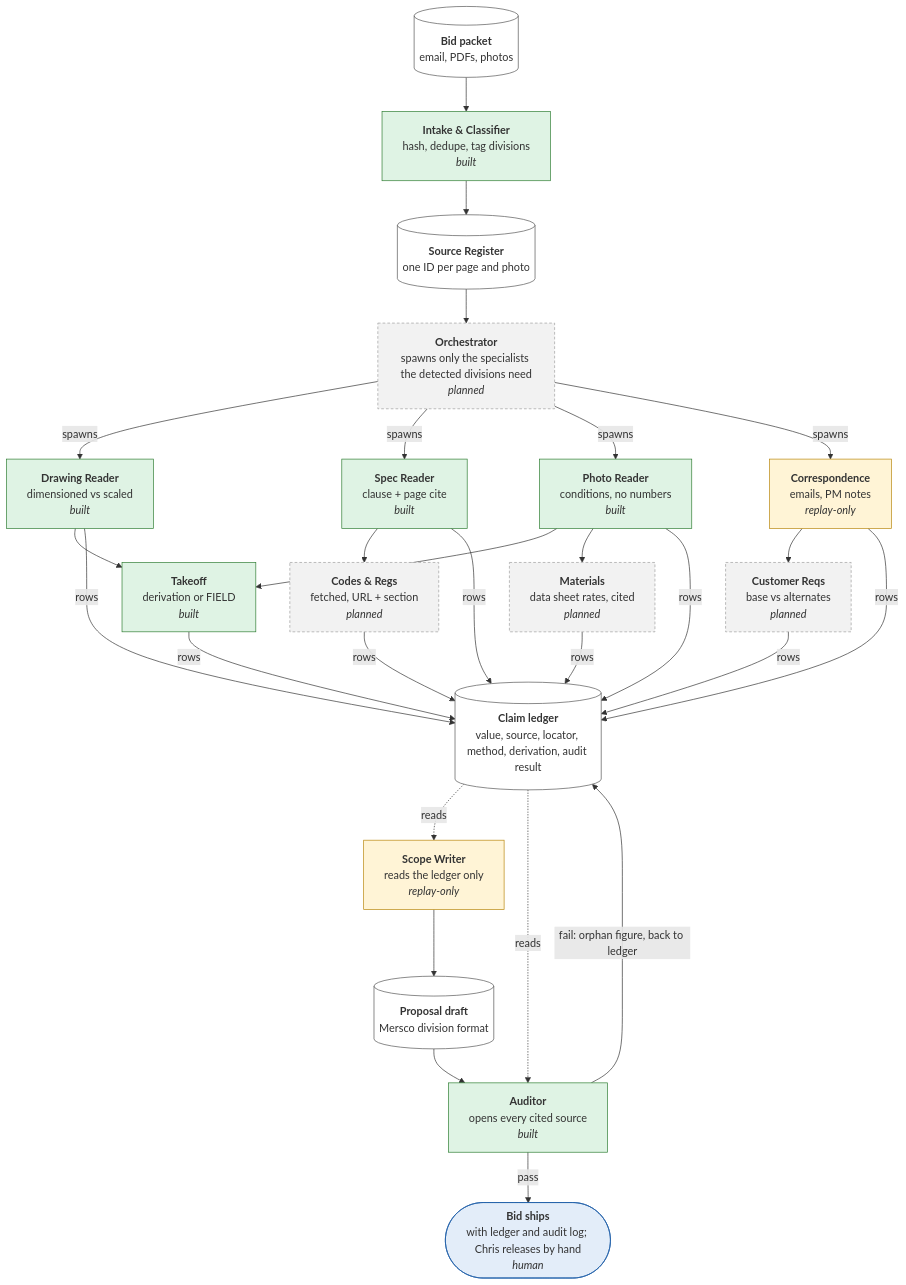
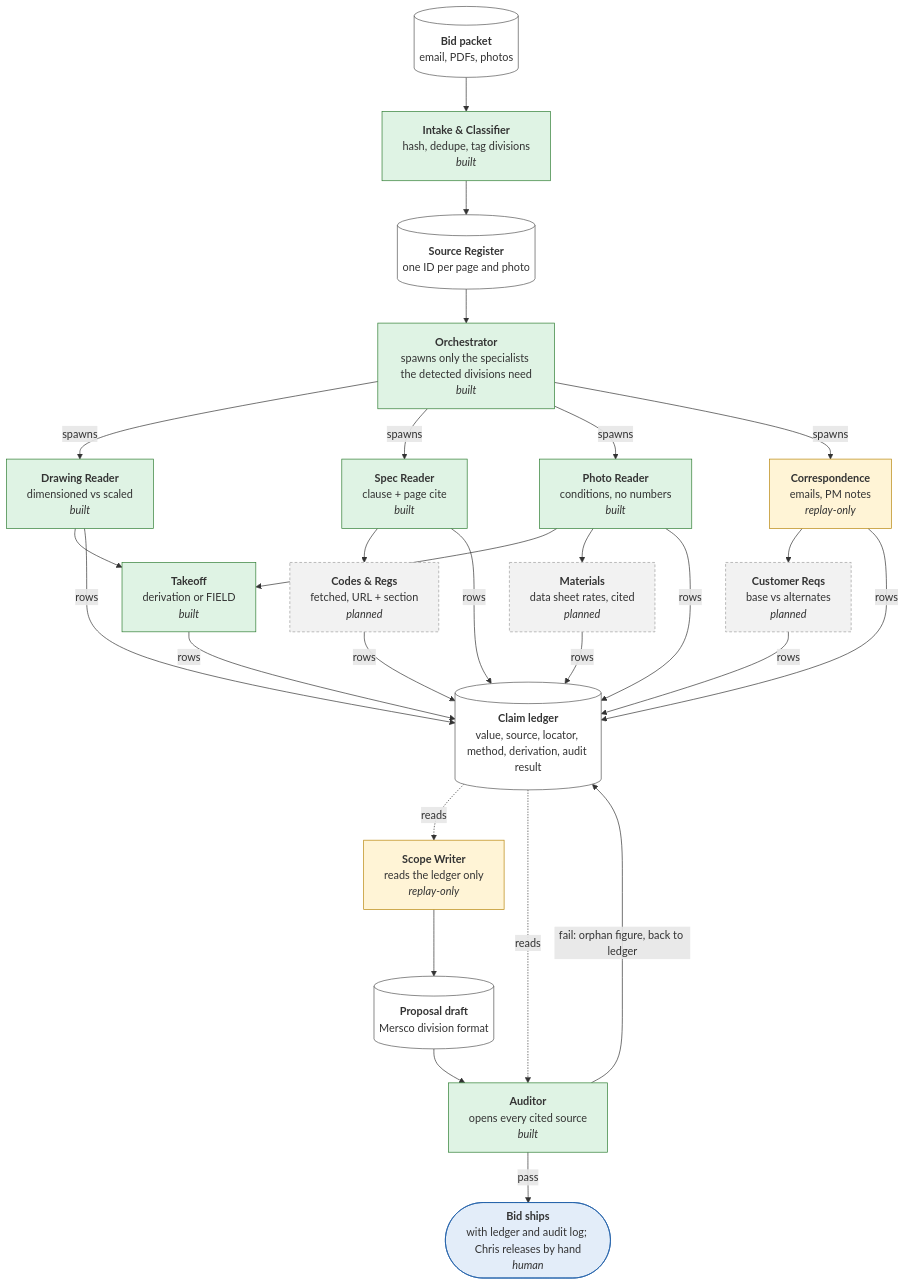
Before and after one commit to ScottyN000/ChrisBids: the diagram in docs/pipeline-dag.md, drawn with Mermaid. The commit also changed other lines of this file and 12 other files, not shown here.

````diff
--- a/docs/pipeline-dag.md
+++ b/docs/pipeline-dag.md
@@ -9,56 +9,56 @@
 ```mermaid
 flowchart TD
     packet[("<b>Bid packet</b><br/>email, PDFs, photos")]
     intake["<b>Intake & Classifier</b><br/>hash, dedupe, tag divisions<br/><i>built</i>"]
     register[("<b>Source Register</b><br/>one ID per page and photo")]
-    orchestrator["<b>Orchestrator</b><br/>spawns only the specialists the detected divisions need<br/><i>planned</i>"]
+    orchestrator["<b>Orchestrator</b><br/>spawns only the specialists the detected divisions need<br/><i>built</i>"]
     drawing["<b>Drawing Reader</b><br/>dimensioned vs scaled<br/><i>built</i>"]
     spec["<b>Spec Reader</b><br/>clause + page cite<br/><i>built</i>"]
     photo["<b>Photo Reader</b><br/>conditions, no numbers<br/><i>built</i>"]
     correspondence["<b>Correspondence</b><br/>emails, PM notes<br/><i>replay-only</i>"]
     takeoff["<b>Takeoff</b><br/>derivation or FIELD<br/><i>built</i>"]
     codes["<b>Codes & Regs</b><br/>fetched, URL + section<br/><i>planned</i>"]
     materials["<b>Materials</b><br/>data sheet rates, cited<br/><i>planned</i>"]
     customer["<b>Customer Reqs</b><br/>base vs alternates<br/><i>planned</i>"]
     ledger[("<b>Claim ledger</b><br/>value, source, locator, method, derivation, audit result")]
     scope_writer["<b>Scope Writer</b><br/>reads the ledger only<br/><i>replay-only</i>"]
     draft[("<b>Proposal draft</b><br/>Mersco division format")]
     auditor["<b>Auditor</b><br/>opens every cited source<br/><i>built</i>"]
     ships(["<b>Bid ships</b><br/>with ledger and audit log; Chris releases by hand<br/><i>human</i>"])
     packet --> intake
     intake --> register
     register --> orchestrator
     orchestrator -->|spawns| drawing
     orchestrator -->|spawns| spec
     orchestrator -->|spawns| photo
     orchestrator -->|spawns| correspondence
     drawing --> takeoff
     photo --> takeoff
     spec --> codes
     photo --> materials
     correspondence --> customer
     drawing -->|rows| ledger
     spec -->|rows| ledger
     photo -->|rows| ledger
     correspondence -->|rows| ledger
     takeoff -->|rows| ledger
     codes -->|rows| ledger
     materials -->|rows| ledger
     customer -->|rows| ledger
     ledger -.->|reads| scope_writer
     scope_writer --> draft
     draft --> auditor
     ledger -.->|reads| auditor
     auditor -->|fail: orphan figure, back to ledger| ledger
     auditor -->|pass| ships
     classDef built fill:#dff3e4,stroke:#2e7d32
     classDef replay fill:#fff4d6,stroke:#b8860b
     classDef planned fill:#f2f2f2,stroke:#9e9e9e,stroke-dasharray: 4 3
     classDef human fill:#e3edf9,stroke:#1f5fa8
     classDef data fill:#ffffff,stroke:#555
-    class intake,drawing,spec,photo,takeoff,auditor built
+    class intake,orchestrator,drawing,spec,photo,takeoff,auditor built
     class correspondence,scope_writer replay
-    class orchestrator,codes,materials,customer planned
+    class codes,materials,customer planned
     class ships human
     class packet,register,ledger,draft data
 ```
````
